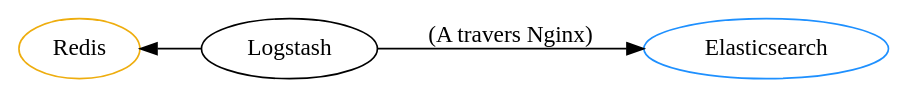
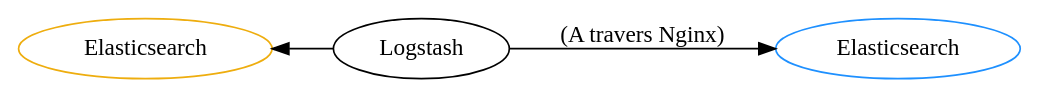
Before and after one commit to Transrian/bd71-courses: the fourth of 4 diagrams in schemas.md, drawn with Graphviz. The commit also changed other lines of this file and 5 other files, not shown here.

````diff
--- a/schemas.md
+++ b/schemas.md
@@ -149,12 +141,12 @@
 ```dot {engine="dot"}
 digraph f {
     rankdir=LR;
 
     "Elasticsearch" [color=dodgerblue1]
-    "Redis" [color=darkgoldenrod2]
+    "Elasticsearch " [color=darkgoldenrod2]
 
-    "Redis" -> "Logstash" [dir=back]
+    "Elasticsearch " -> "Logstash" [dir=back]
     "Logstash" -> "Elasticsearch" [label="(A travers Nginx)"]
     
 }
 ```
````
